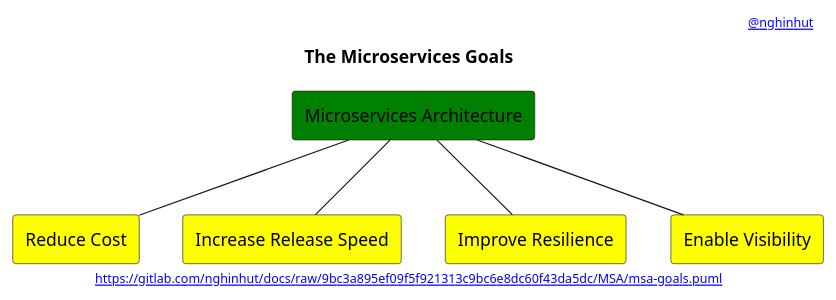
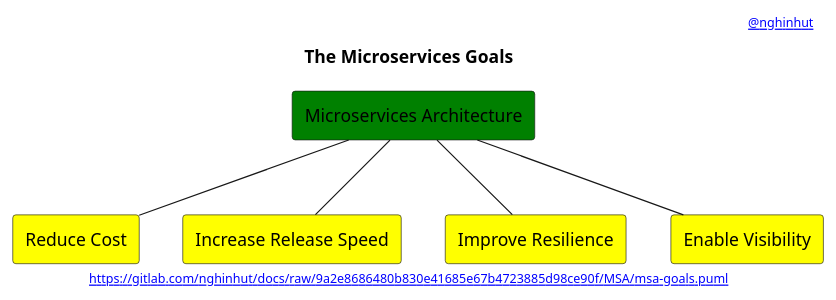
The diagram in MSA/msa-goals.puml (nghinhut/docs), drawn with PlantUML before and after one commit. The commit also changed 17 other files, not shown here.

Commit message:
Update diagrams

```diff
--- a/MSA/msa-goals.puml
+++ b/MSA/msa-goals.puml
@@ -1,23 +1,23 @@
 @startuml
 '-----START auto generated metadata please keep comment here to allow auto update-----
 '-----DON'T EDIT THIS SECTION, INSTEAD RE-RUN prebuild.sh TO UPDATE-----
 header [[mailto:nghinhut@gmail.com @nghinhut]]
-footer [[https://gitlab.com/nghinhut/docs/raw/9bc3a895ef09f5f921313c9bc6e8dc60f43da5dc/MSA/msa-goals.puml]]
+footer [[https://gitlab.com/nghinhut/docs/raw/9a2e8686480b830e41685e67b4723885d98ce90f/MSA/msa-goals.puml]]
 '-----END auto generated metadata please keep comment here to allow auto update-----
 title The Microservices Goals
 
 rectangle "Microservices Architecture" as msa #green
 
 rectangle "Reduce Cost" as goal1 #yellow
 rectangle "Increase Release Speed" as goal2 #yellow
 rectangle "Improve Resilience" as goal3 #yellow
 rectangle "Enable Visibility" as goal4 #yellow
 
 msa -- goal1
 msa -- goal2
 msa -- goal3
 msa -- goal4
 
 
 
 @enduml
```
